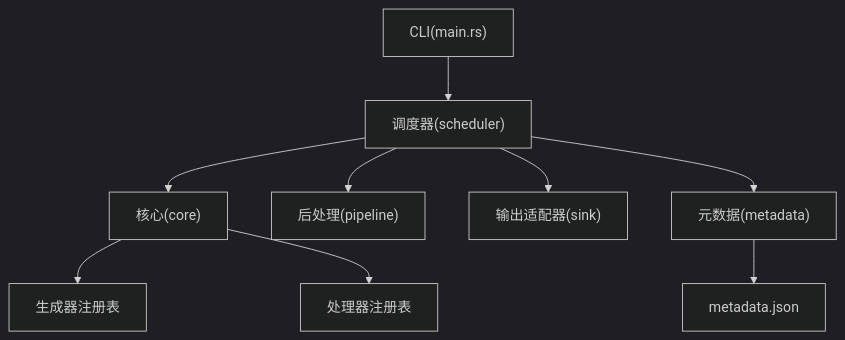
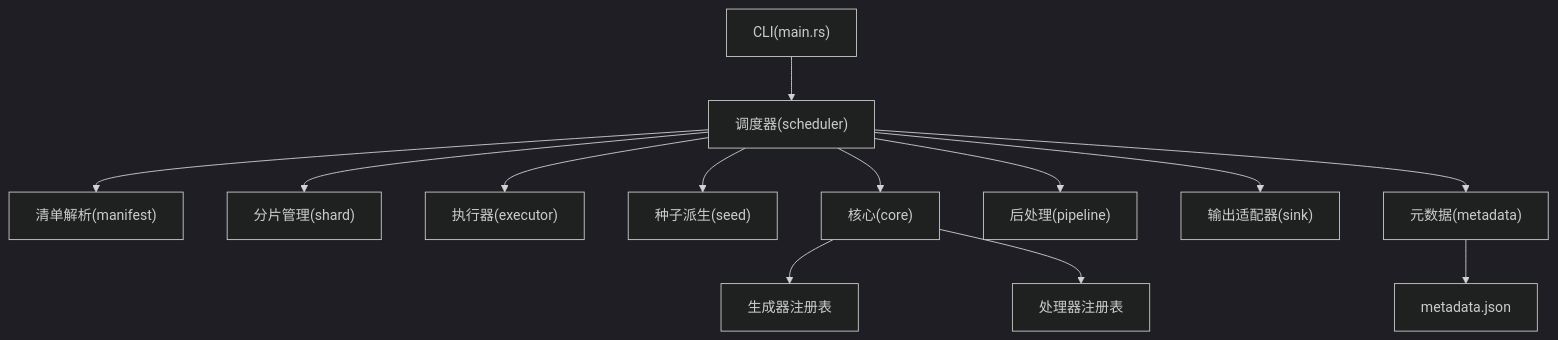
The second of 6 diagrams in .qoder/repowiki/zh/content/任务调度层/任务调度层.md (shiyukonghui/StructGen-rs), drawn with Mermaid (dark theme) before and after one commit. The commit also changed other lines of this file and 8 other files, not shown here.

````diff
--- a/.qoder/repowiki/zh/content/任务调度层/任务调度层.md
+++ b/.qoder/repowiki/zh/content/任务调度层/任务调度层.md
@@ -98,11 +111,15 @@
 ```mermaid
 graph TB
 CLI["CLI(main.rs)"] --> SCH["调度器(scheduler)"]
+SCH --> MAN["清单解析(manifest)"]
+SCH --> SHARD["分片管理(shard)"]
+SCH --> EXEC["执行器(executor)"]
+SCH --> SEED["种子派生(seed)"]
 SCH --> CORE["核心(core)"]
 SCH --> PIPE["后处理(pipeline)"]
 SCH --> SINK["输出适配器(sink)"]
 SCH --> META["元数据(metadata)"]
 CORE --> GEN["生成器注册表"]
 CORE --> PROC["处理器注册表"]
 META --> OUT["metadata.json"]
 ```
````
